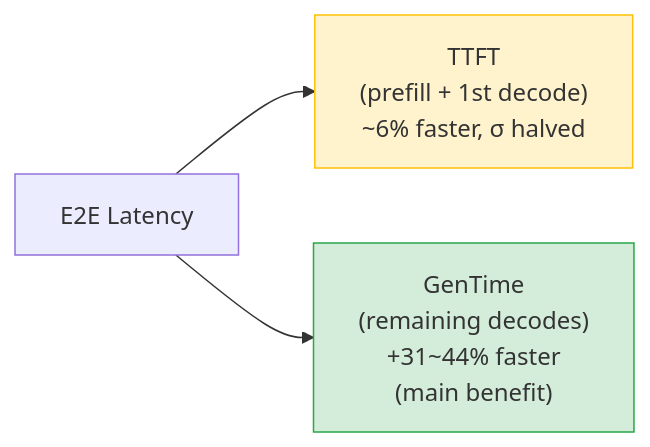
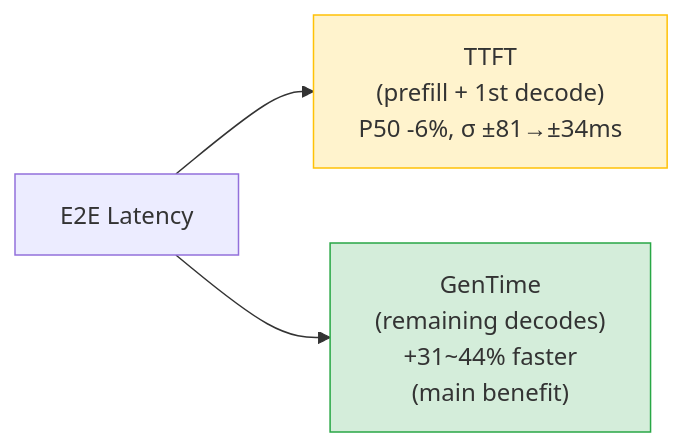
Before and after one commit to david-xinyuwei/david-share: the second of 3 diagrams in Agents/AOAI-Priority-Processing-Benchmark/README.md, drawn with Mermaid. The commit also changed other lines of this file and 1 other file, not shown here.

Commit message:
Clarify TTFT σ notation: use ±81→±34ms (-58%) instead of ambiguous 'σ halved'

````diff
--- a/Agents/AOAI-Priority-Processing-Benchmark/README.md
+++ b/Agents/AOAI-Priority-Processing-Benchmark/README.md
@@ -98,8 +98,8 @@
 ```mermaid
 flowchart LR
-    E2E["E2E Latency"] --> TTFT["TTFT<br/>(prefill + 1st decode)<br/>~6% faster, σ halved"]
+    E2E["E2E Latency"] --> TTFT["TTFT<br/>(prefill + 1st decode)<br/>P50 -6%, σ ±81→±34ms"]
     E2E --> GenTime["GenTime<br/>(remaining decodes)<br/>+31~44% faster<br/>(main benefit)"]
     
     style TTFT fill:#fff3cd,stroke:#ffc107
     style GenTime fill:#d4edda,stroke:#28a745
 ```
````
